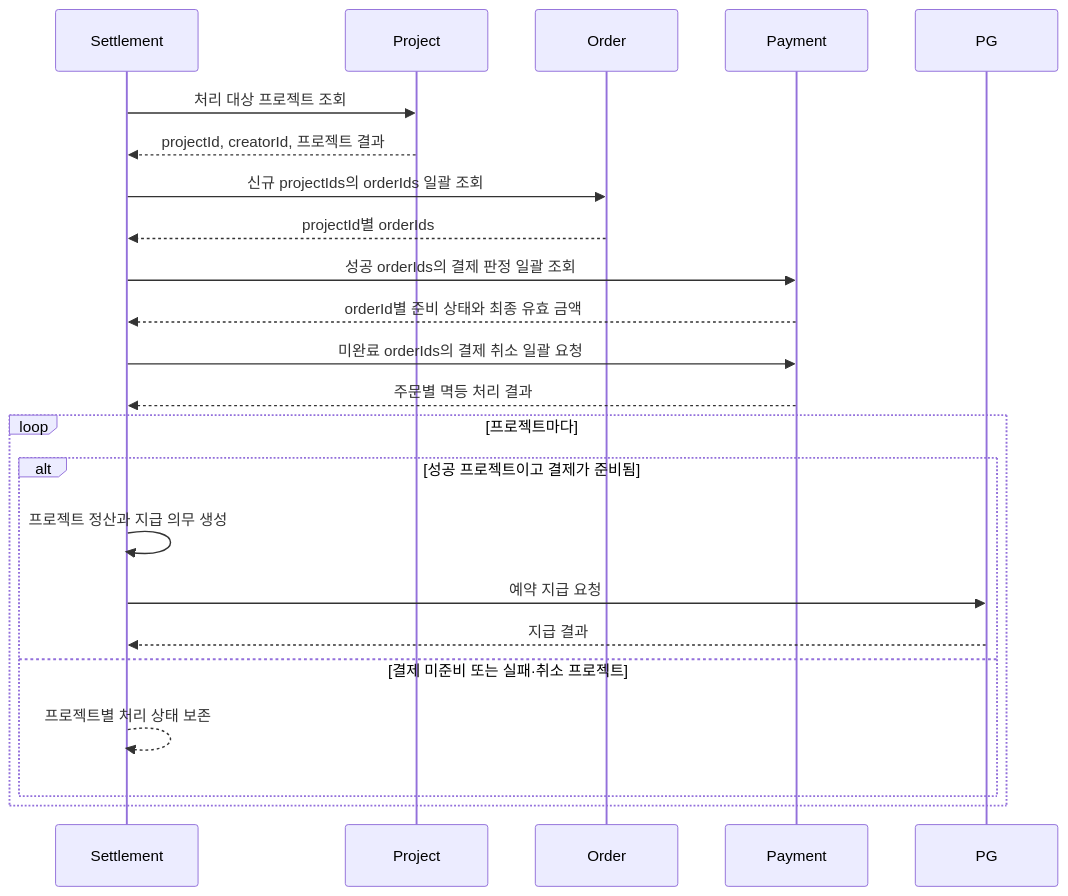
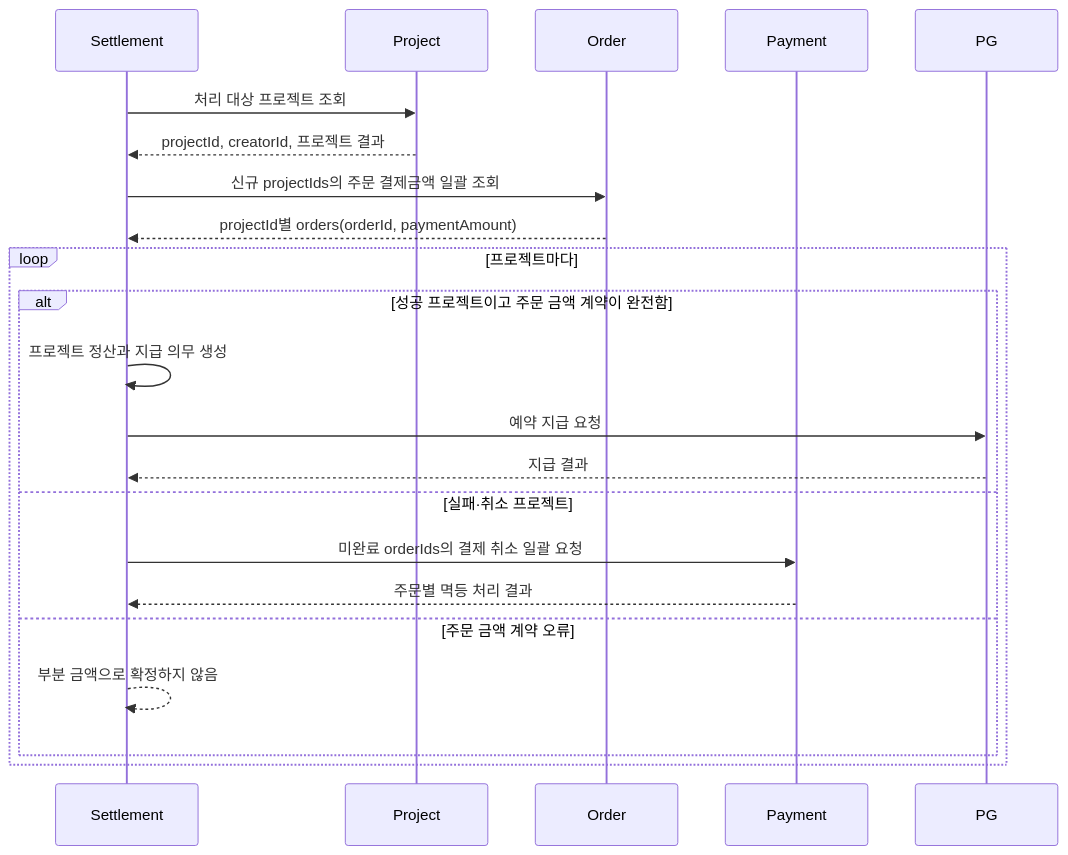
One commit to prgrms-be-adv-devcourse/beadv7_7_earlybird_BE changed the diagram in settlement-service/README.md. Above: the diagram before and after it, drawn with Mermaid. The commit also changed other lines of this file and 10 other files, not shown here.

````diff
--- a/settlement-service/README.md
+++ b/settlement-service/README.md
@@ -7,26 +7,25 @@
 ```mermaid
 sequenceDiagram
     participant Settlement
     participant Project
     participant Order
     participant Payment
     participant PG
 
     Settlement->>Project: 처리 대상 프로젝트 조회
     Project-->>Settlement: projectId, creatorId, 프로젝트 결과
-    Settlement->>Order: 신규 projectIds의 orderIds 일괄 조회
-    Order-->>Settlement: projectId별 orderIds
-    Settlement->>Payment: 성공 orderIds의 결제 판정 일괄 조회
-    Payment-->>Settlement: orderId별 준비 상태와 최종 유효 금액
-    Settlement->>Payment: 미완료 orderIds의 결제 취소 일괄 요청
-    Payment-->>Settlement: 주문별 멱등 처리 결과
+    Settlement->>Order: 신규 projectIds의 주문 결제금액 일괄 조회
+    Order-->>Settlement: projectId별 orders(orderId, paymentAmount)
     loop 프로젝트마다
-        alt 성공 프로젝트이고 결제가 준비됨
+        alt 성공 프로젝트이고 주문 금액 계약이 완전함
             Settlement->>Settlement: 프로젝트 정산과 지급 의무 생성
             Settlement->>PG: 예약 지급 요청
             PG-->>Settlement: 지급 결과
-        else 결제 미준비 또는 실패·취소 프로젝트
-            Settlement-->>Settlement: 프로젝트별 처리 상태 보존
+        else 실패·취소 프로젝트
+            Settlement->>Payment: 미완료 orderIds의 결제 취소 일괄 요청
+            Payment-->>Settlement: 주문별 멱등 처리 결과
+        else 주문 금액 계약 오류
+            Settlement-->>Settlement: 부분 금액으로 확정하지 않음
         end
     end
 ```
````
